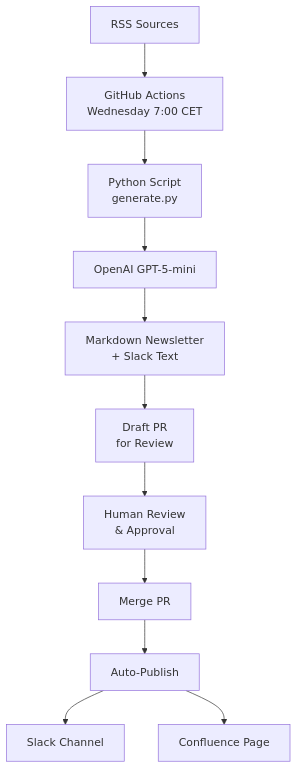
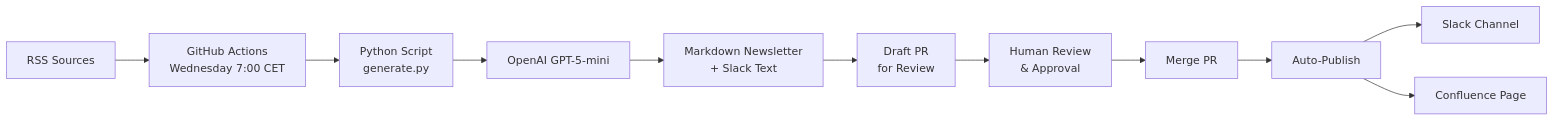
The diagram in README.md (tamrakaranish/miti-marketing-newsletter), drawn with Mermaid before and after one commit. The commit also changed other lines of this file and 1 other file, not shown here.

````diff
--- a/README.md
+++ b/README.md
@@ -15,13 +15,13 @@
 ```mermaid
-graph TD
+graph LR
     A[RSS Sources] --> B[GitHub Actions<br/>Wednesday 7:00 CET]
     B --> C[Python Script<br/>generate.py]
     C --> D[OpenAI GPT-5-mini]
     D --> E[Markdown Newsletter<br/>+ Slack Text]
     E --> F[Draft PR<br/>for Review]
     F --> G[Human Review<br/>& Approval]
     G --> H[Merge PR]
     H --> I[Auto-Publish]
     I --> J[Slack Channel]
     I --> K[Confluence Page]
 ```
````
